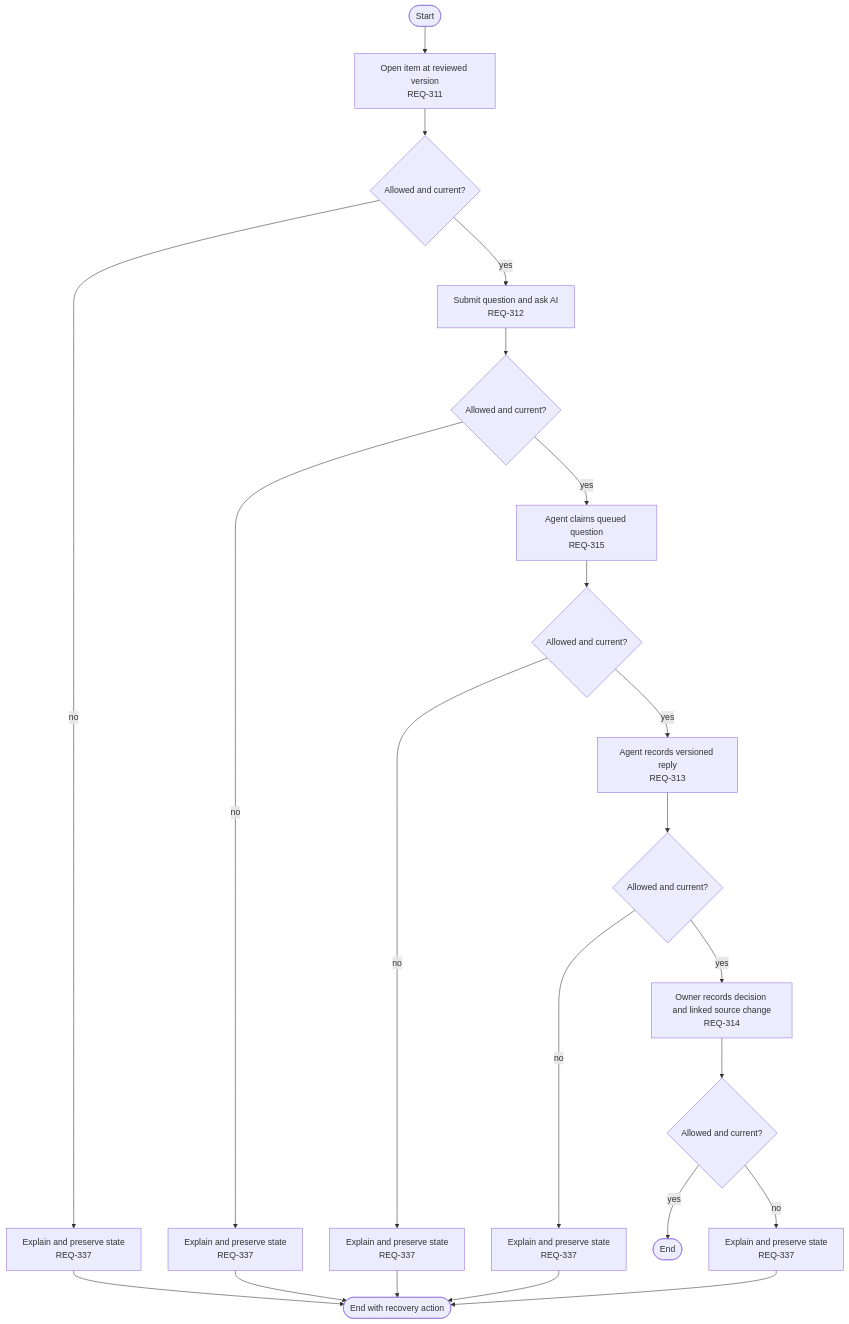
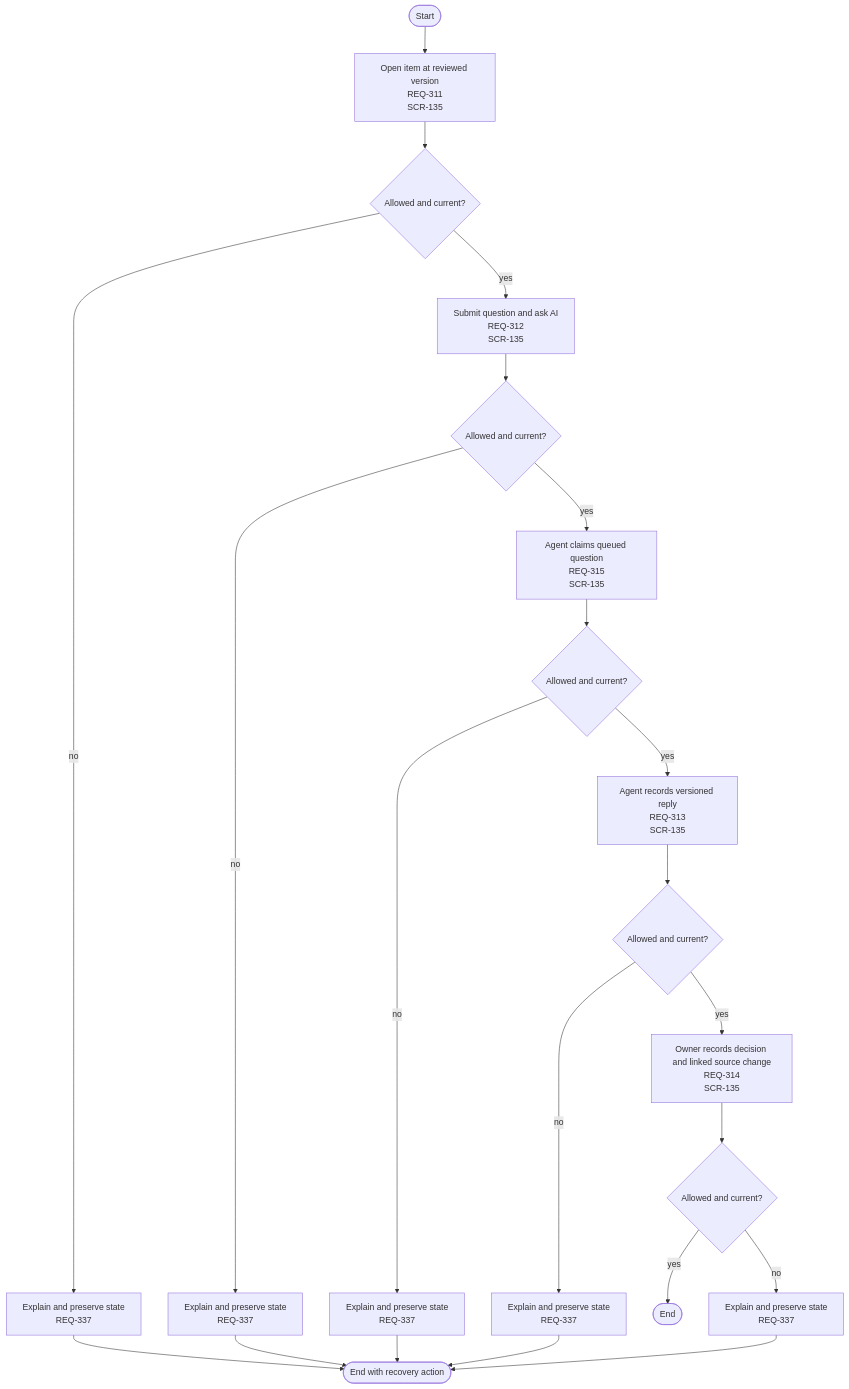
Before and after one commit to kodonghui/corthex-nexus: the diagram in docs/03-user-flow/rebuild/FL-131.ko.md, drawn with Mermaid. The commit also changed other lines of this file and 28 other files, not shown here.

Commit message:
Design rebuild navigation and link every visible flow step

````diff
--- a/docs/03-user-flow/rebuild/FL-131.ko.md
+++ b/docs/03-user-flow/rebuild/FL-131.ko.md
@@ -9,24 +11,24 @@
 ```mermaid
 flowchart TD
   Start([Start]) --> S0
-  S0["Open item at reviewed version<br/>REQ-311"] --> D0{"Allowed and current?"}
+  S0["Open item at reviewed version<br/>REQ-311<br/>SCR-135"] --> D0{"Allowed and current?"}
   D0 -- yes --> S1
   D0 -- no --> F0["Explain and preserve state<br/>REQ-337"]
   F0 --> Stop([End with recovery action])
-  S1["Submit question and ask AI<br/>REQ-312"] --> D1{"Allowed and current?"}
+  S1["Submit question and ask AI<br/>REQ-312<br/>SCR-135"] --> D1{"Allowed and current?"}
   D1 -- yes --> S2
   D1 -- no --> F1["Explain and preserve state<br/>REQ-337"]
   F1 --> Stop([End with recovery action])
-  S2["Agent claims queued question<br/>REQ-315"] --> D2{"Allowed and current?"}
+  S2["Agent claims queued question<br/>REQ-315<br/>SCR-135"] --> D2{"Allowed and current?"}
   D2 -- yes --> S3
   D2 -- no --> F2["Explain and preserve state<br/>REQ-337"]
   F2 --> Stop([End with recovery action])
-  S3["Agent records versioned reply<br/>REQ-313"] --> D3{"Allowed and current?"}
+  S3["Agent records versioned reply<br/>REQ-313<br/>SCR-135"] --> D3{"Allowed and current?"}
   D3 -- yes --> S4
   D3 -- no --> F3["Explain and preserve state<br/>REQ-337"]
   F3 --> Stop([End with recovery action])
-  S4["Owner records decision and linked source change<br/>REQ-314"] --> D4{"Allowed and current?"}
+  S4["Owner records decision and linked source change<br/>REQ-314<br/>SCR-135"] --> D4{"Allowed and current?"}
   D4 -- yes --> End([End])
   D4 -- no --> F4["Explain and preserve state<br/>REQ-337"]
   F4 --> Stop([End with recovery action])
 ```
````
